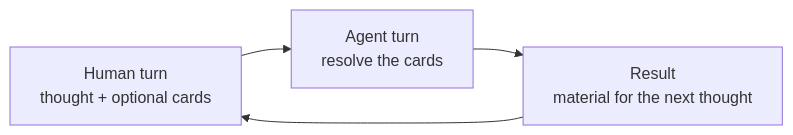
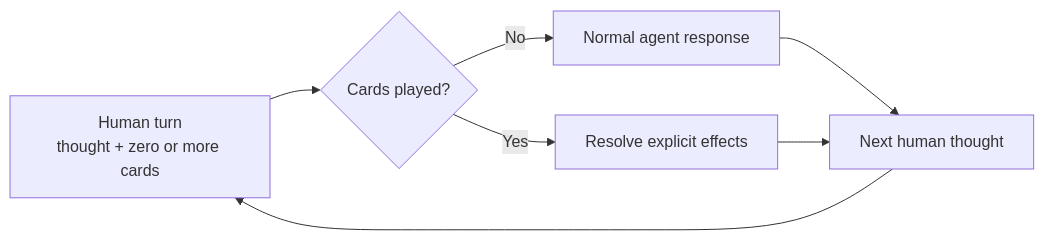
One commit to control-decks/human-agent-control-protocol changed the diagram in README.md. Above: the diagram before and after it, drawn with Mermaid. The commit also changed other lines of this file, not shown here.

````diff
--- a/README.md
+++ b/README.md
@@ -31,8 +31,9 @@
 ```mermaid
 flowchart LR
-    H["Human turn<br/>thought + optional cards"]
-    A["Agent turn<br/>resolve the cards"]
-    R["Result<br/>material for the next thought"]
-
-    H --> A --> R --> H
+    H["Human turn<br/>thought + zero or more cards"] --> C{"Cards played?"}
+    C -->|No| N["Normal agent response"]
+    C -->|Yes| A["Resolve explicit effects"]
+    N --> R["Next human thought"]
+    A --> R
+    R --> H
 ```
````
